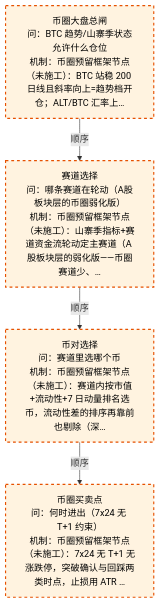
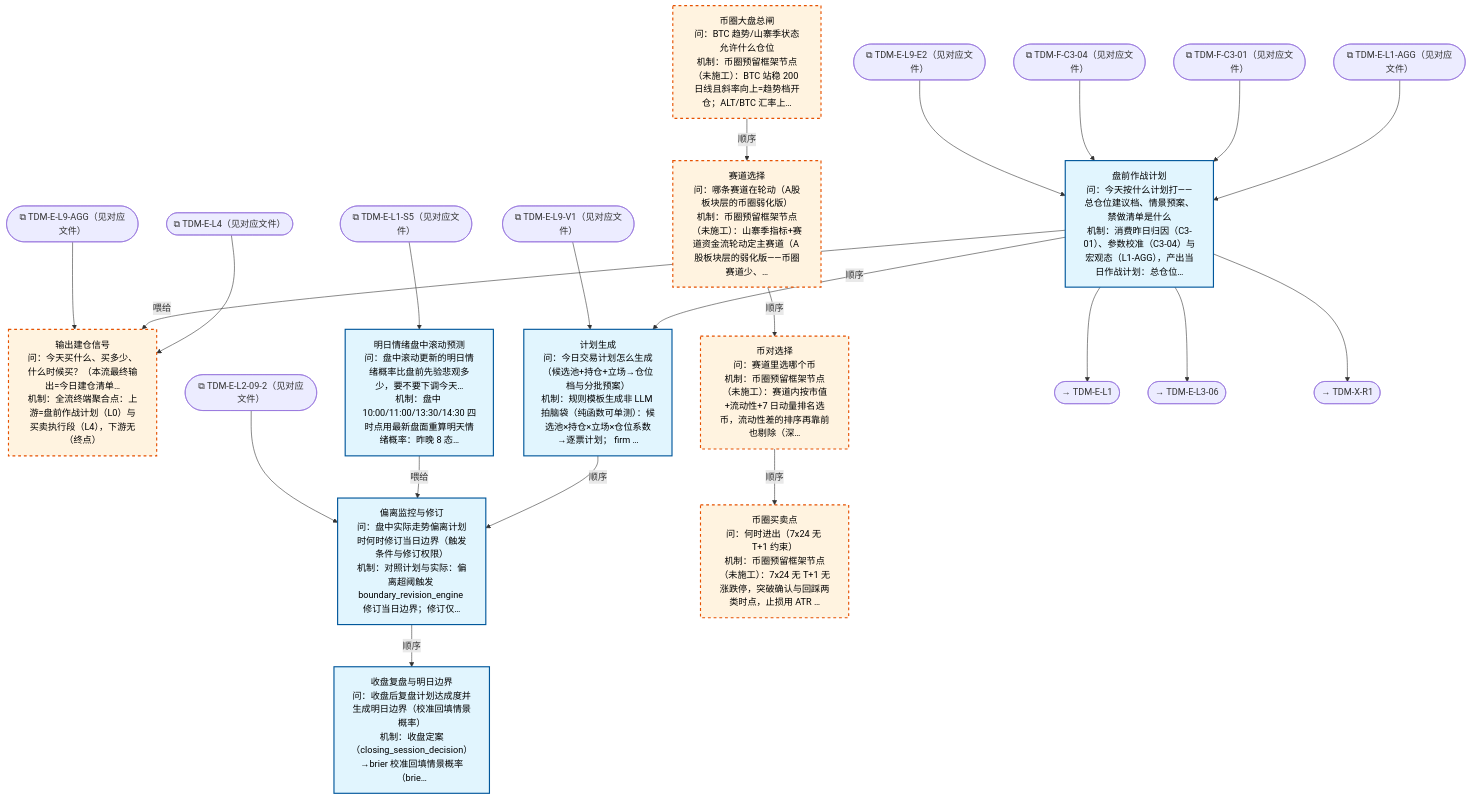
Before and after one commit to xuanFelixVan/ZephyrAlpha: the diagram in docs/02_enterprise_architecture/10_trading_map/trading_map_00_panorama.md, drawn with Mermaid. The commit also changed other lines of this file and 15 other files, not shown here.

````diff
--- a/docs/02_enterprise_architecture/10_trading_map/trading_map_00_panorama.md
+++ b/docs/02_enterprise_architecture/10_trading_map/trading_map_00_panorama.md
@@ -21,14 +21,47 @@
 ```mermaid
 flowchart TD
+  TDM_E_FLOW["输出建仓信号<br/>问：今天买什么、买多少、什么时候买？（本流最终输出=今日建仓清单…<br/>机制：全流终端聚合点：上游=盘前作战计划（L0）与买卖执行段（L4），下游无（终点）"]
+  TDM_E_L0["盘前作战计划<br/>问：今天按什么计划打——总仓位建议档、情景预案、禁做清单是什么<br/>机制：消费昨日归因（C3-01）、参数校准（C3-04）与宏观态（L1-AGG），产出当日作战计划：总仓位…"]
+  TDM_E_L0_01["计划生成<br/>问：今日交易计划怎么生成（候选池+持仓+立场→仓位档与分批预案）<br/>机制：规则模板生成非 LLM 拍脑袋（纯函数可单测）：候选池×持仓×立场×仓位系数→逐票计划； firm …"]
+  TDM_E_L0_02["偏离监控与修订<br/>问：盘中实际走势偏离计划时何时修订当日边界（触发条件与修订权限）<br/>机制：对照计划与实际：偏离超阈触发 boundary_revision_engine 修订当日边界；修订仅…"]
+  TDM_E_L0_03["收盘复盘与明日边界<br/>问：收盘后复盘计划达成度并生成明日边界（校准回填情景概率）<br/>机制：收盘定案（closing_session_decision）→brier 校准回填情景概率（brie…"]
+  TDM_E_L0_04["明日情绪盘中滚动预测<br/>问：盘中滚动更新的明日情绪概率比盘前先验悲观多少，要不要下调今天…<br/>机制：盘中 10:00/11:00/13:30/14:30 四时点用最新盘面重算明天情绪概率：昨晚 8 态…"]
   TDM_C_L1["币圈大盘总闸<br/>问：BTC 趋势/山寨季状态允许什么仓位<br/>机制：币圈预留框架节点（未施工）：BTC 站稳 200 日线且斜率向上=趋势档开仓；ALT/BTC 汇率上…"]
   TDM_C_L2["赛道选择<br/>问：哪条赛道在轮动（A股板块层的币圈弱化版）<br/>机制：币圈预留框架节点（未施工）：山寨季指标+赛道资金流轮动定主赛道（A 股板块层的弱化版——币圈赛道少、…"]
   TDM_C_L3["币对选择<br/>问：赛道里选哪个币<br/>机制：币圈预留框架节点（未施工）：赛道内按市值+流动性+7 日动量排名选币，流动性差的排序再靠前也剔除（深…"]
   TDM_C_L4["币圈买卖点<br/>问：何时进出（7x24 无 T+1 约束）<br/>机制：币圈预留框架节点（未施工）：7x24 无 T+1 无涨跌停，突破确认与回踩两类时点，止损用 ATR …"]
+  EXT_TDM_E_L1_S5(["⧉ TDM-E-L1-S5（见对应文件）"])
+  EXT_TDM_E_L1_AGG(["⧉ TDM-E-L1-AGG（见对应文件）"])
+  EXT_TDM_F_C3_01(["⧉ TDM-F-C3-01（见对应文件）"])
+  EXT_TDM_F_C3_04(["⧉ TDM-F-C3-04（见对应文件）"])
+  EXT_TDM_E_L9_E2(["⧉ TDM-E-L9-E2（见对应文件）"])
+  EXT_TDM_E_L4(["⧉ TDM-E-L4（见对应文件）"])
+  EXT_TDM_E_L9_AGG(["⧉ TDM-E-L9-AGG（见对应文件）"])
+  EXT_TDM_E_L2_09_2(["⧉ TDM-E-L2-09-2（见对应文件）"])
+  EXT_TDM_E_L9_V1(["⧉ TDM-E-L9-V1（见对应文件）"])
+  EXT_TDM_E_L1_S5 --> TDM_E_L0_04
   TDM_C_L1 -->|顺序| TDM_C_L2
   TDM_C_L2 -->|顺序| TDM_C_L3
   TDM_C_L3 -->|顺序| TDM_C_L4
+  EXT_TDM_E_L1_AGG --> TDM_E_L0
+  EXT_TDM_F_C3_01 --> TDM_E_L0
+  EXT_TDM_F_C3_04 --> TDM_E_L0
+  TDM_E_L0 -->|顺序| TDM_E_L0_01
+  TDM_E_L0_01 -->|顺序| TDM_E_L0_02
+  TDM_E_L0_02 -->|顺序| TDM_E_L0_03
+  TDM_E_L0_04 -->|喂给| TDM_E_L0_02
+  TDM_E_L0 --> EXT_OUT_TDM_E_L1([→ TDM-E-L1])
+  TDM_E_L0 --> EXT_OUT_TDM_E_L3_06([→ TDM-E-L3-06])
+  TDM_E_L0 --> EXT_OUT_TDM_X_R1([→ TDM-X-R1])
+  EXT_TDM_E_L4 --> TDM_E_FLOW
+  TDM_E_L0 -->|喂给| TDM_E_FLOW
+  EXT_TDM_E_L2_09_2 --> TDM_E_L0_02
+  EXT_TDM_E_L9_V1 --> TDM_E_L0_01
+  EXT_TDM_E_L9_E2 --> TDM_E_L0
+  EXT_TDM_E_L9_AGG --> TDM_E_FLOW
   classDef production fill:#e1f5fe,stroke:#01579b,stroke-width:2px,color:#000;
   classDef design fill:#fff3e0,stroke:#e65100,stroke-width:2px,color:#000,stroke-dasharray: 5 5;
   classDef paper fill:#e8f5e9,stroke:#2e7d32,stroke-width:2.5px,color:#000;
-  class TDM_C_L1,TDM_C_L2,TDM_C_L3,TDM_C_L4 design;
+  class TDM_E_L0,TDM_E_L0_01,TDM_E_L0_02,TDM_E_L0_03,TDM_E_L0_04 production;
+  class TDM_E_FLOW,TDM_C_L1,TDM_C_L2,TDM_C_L3,TDM_C_L4 design;
 ```
````
